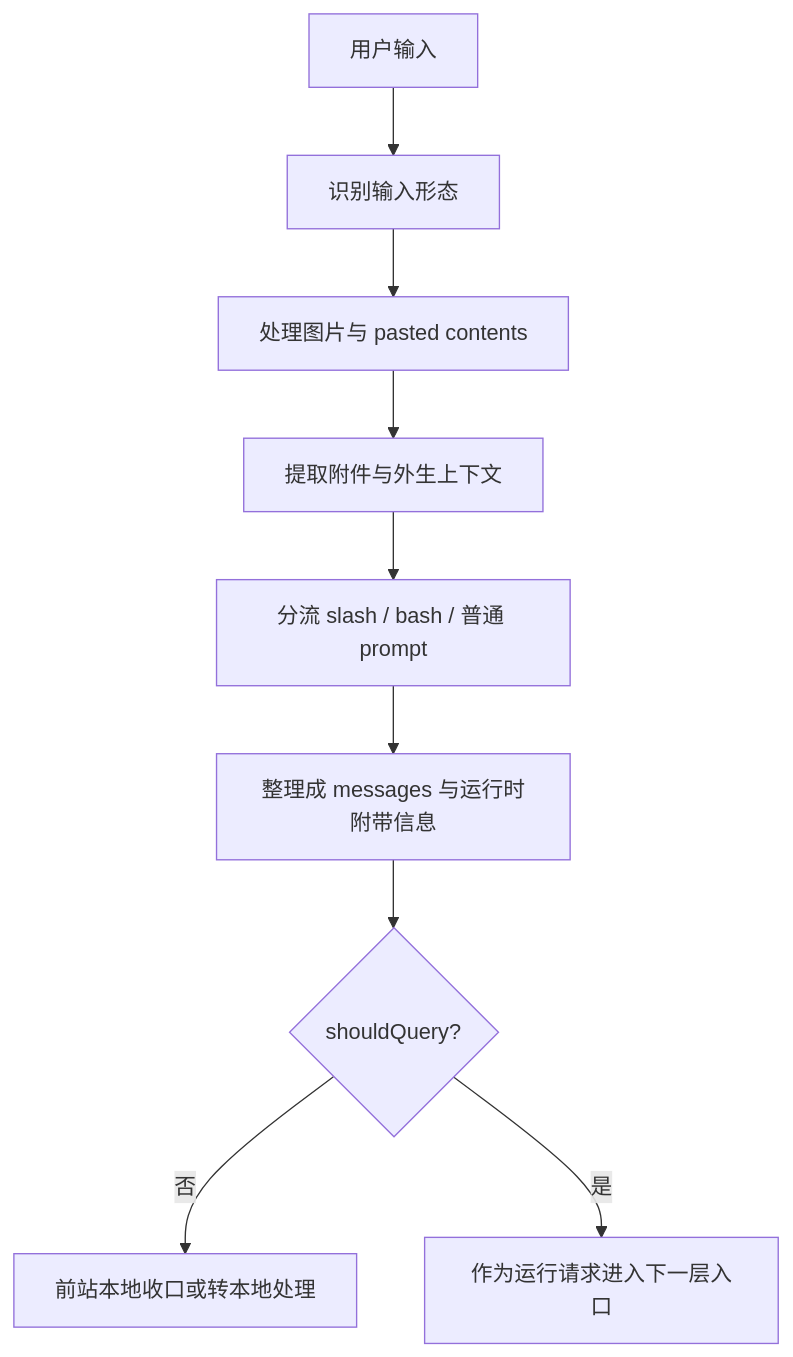
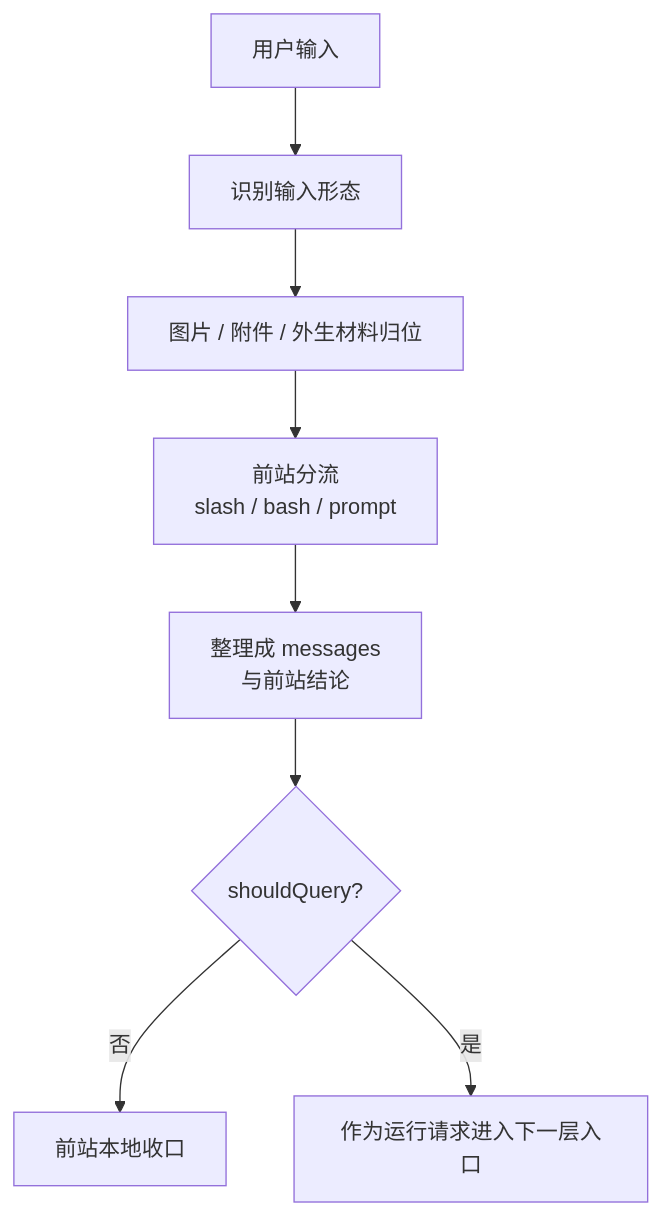
Before and after one commit to T0UGH/claude-code-source-guide: the diagram in docs/guidebookv2/volume-2/02-what-happens-before-user-input-enters-runtime.md, drawn with Mermaid. The commit also changed other lines of this file and 6 other files, not shown here.

````diff
--- a/docs/guidebookv2/volume-2/02-what-happens-before-user-input-enters-runtime.md
+++ b/docs/guidebookv2/volume-2/02-what-happens-before-user-input-enters-runtime.md
@@ -42,11 +42,10 @@
 ```mermaid
 flowchart TD
     A[用户输入] --> B[识别输入形态]
-    B --> C[处理图片与 pasted contents]
-    C --> D[提取附件与外生上下文]
-    D --> E[分流 slash / bash / 普通 prompt]
-    E --> F[整理成 messages 与运行时附带信息]
-    F --> G{shouldQuery?}
-    G -- 否 --> H[前站本地收口或转本地处理]
-    G -- 是 --> I[作为运行请求进入下一层入口]
+    B --> C[图片 / 附件 / 外生材料归位]
+    C --> D[前站分流<br/>slash / bash / prompt]
+    D --> E[整理成 messages<br/>与前站结论]
+    E --> F{shouldQuery?}
+    F -- 否 --> G[前站本地收口]
+    F -- 是 --> H[作为运行请求进入下一层入口]
 ```
````
